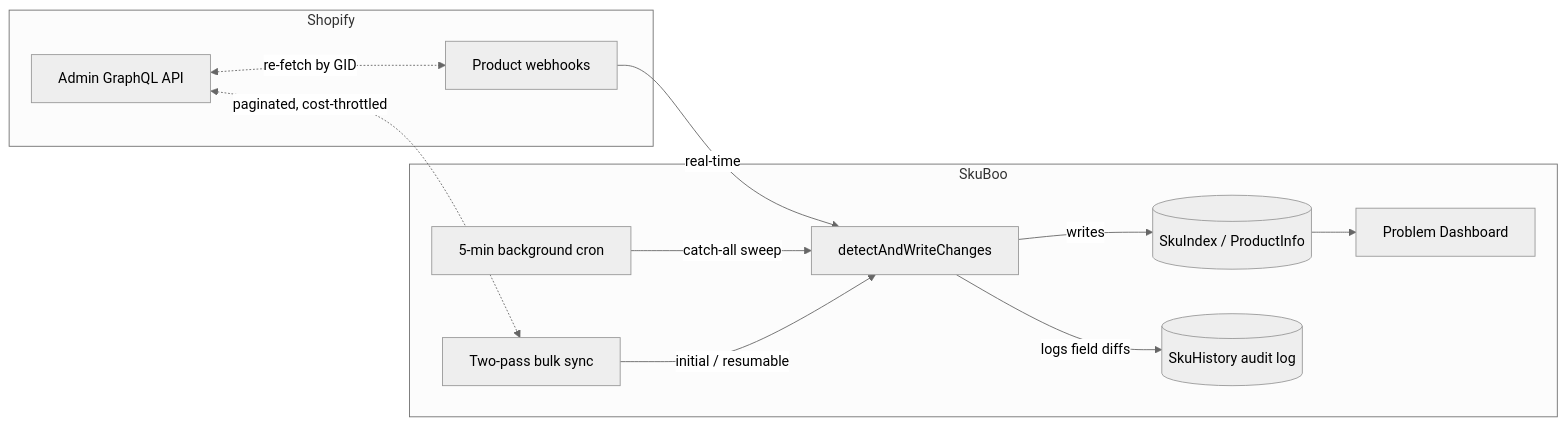
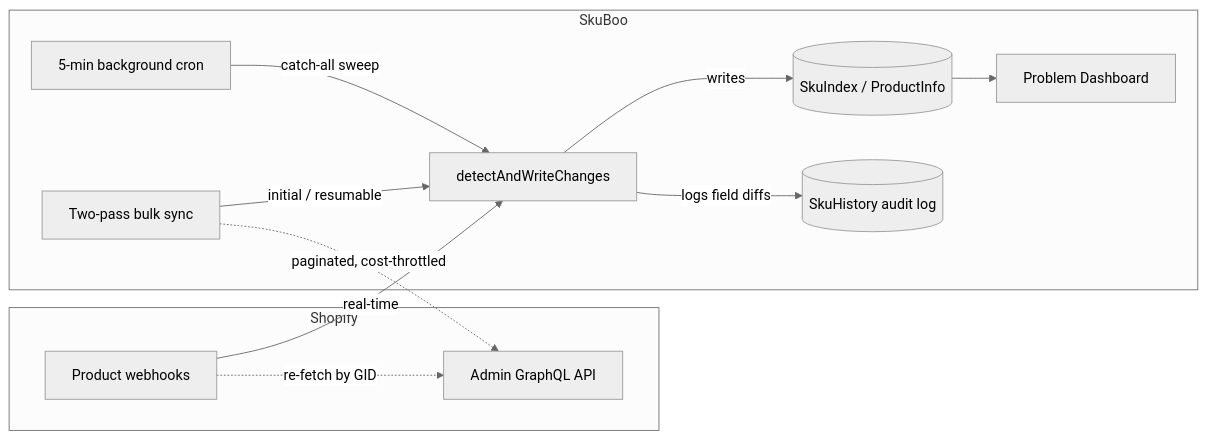
Before and after one commit to Lt123-3/sku-boo-portfolio: the diagram in README.md, drawn with Mermaid (neutral theme).

Commit message:
Fix invalid Mermaid syntax in the sync-engine diagram
Bidirectional dotted arrows with inline text (<-.text.->) aren't
valid Mermaid flowchart syntax and broke GitHub's renderer entirely.
Replaced with standard directional dotted arrows using pipe labels.

````diff
--- a/README.md
+++ b/README.md
@@ -110,23 +110,23 @@
 ```mermaid
 flowchart LR
     subgraph Shopify
         W[Product webhooks]
         G[Admin GraphQL API]
     end
     subgraph SkuBoo
         C[5-min background cron]
         B[Two-pass bulk sync]
         D[detectAndWriteChanges]
         I[(SkuIndex / ProductInfo)]
         H[(SkuHistory audit log)]
         P[Problem Dashboard]
     end
     W -->|real-time| D
     C -->|catch-all sweep| D
     B -->|initial / resumable| D
     D -->|writes| I
     D -->|logs field diffs| H
-    G <-.paginated, cost-throttled.-> B
-    G <-.re-fetch by GID.-> W
+    B -.->|paginated, cost-throttled| G
+    W -.->|re-fetch by GID| G
     I --> P
 ```
````
